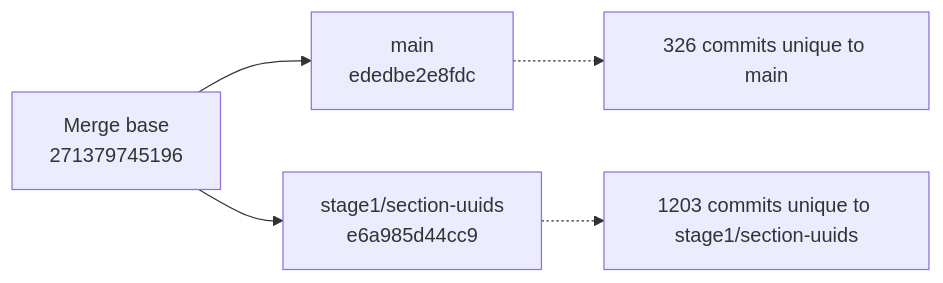
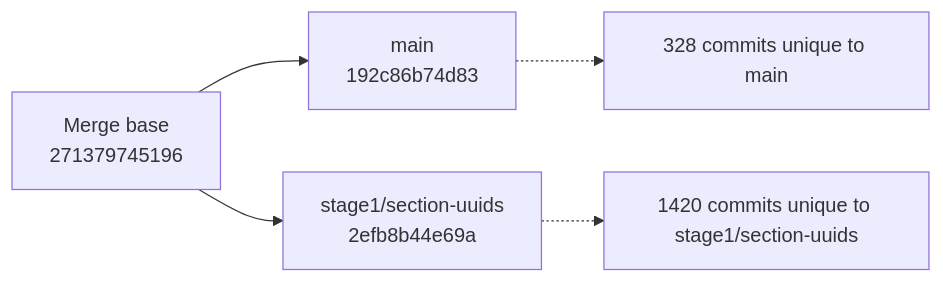
The diagram in branch-graphify-results/latest/git-lineage.mmd (snoopdock/Finite_element_analysis_project), drawn with Mermaid before and after one commit. The commit also changed 13 other files, not shown here.

Commit message:
Update Graphify branch analysis [skip ci]

```diff
--- a/branch-graphify-results/latest/git-lineage.mmd
+++ b/branch-graphify-results/latest/git-lineage.mmd
@@ -1,10 +1,10 @@
 flowchart LR
   MB["Merge base<br/>271379745196"]
-  B["main<br/>ededbe2e8fdc"]
-  C["stage1/section-uuids<br/>e6a985d44cc9"]
+  B["main<br/>192c86b74d83"]
+  C["stage1/section-uuids<br/>2efb8b44e69a"]
   MB --> B
   MB --> C
-  B_note["326 commits unique to main"]
-  C_note["1203 commits unique to stage1/section-uuids"]
+  B_note["328 commits unique to main"]
+  C_note["1420 commits unique to stage1/section-uuids"]
   B -.-> B_note
   C -.-> C_note
```
